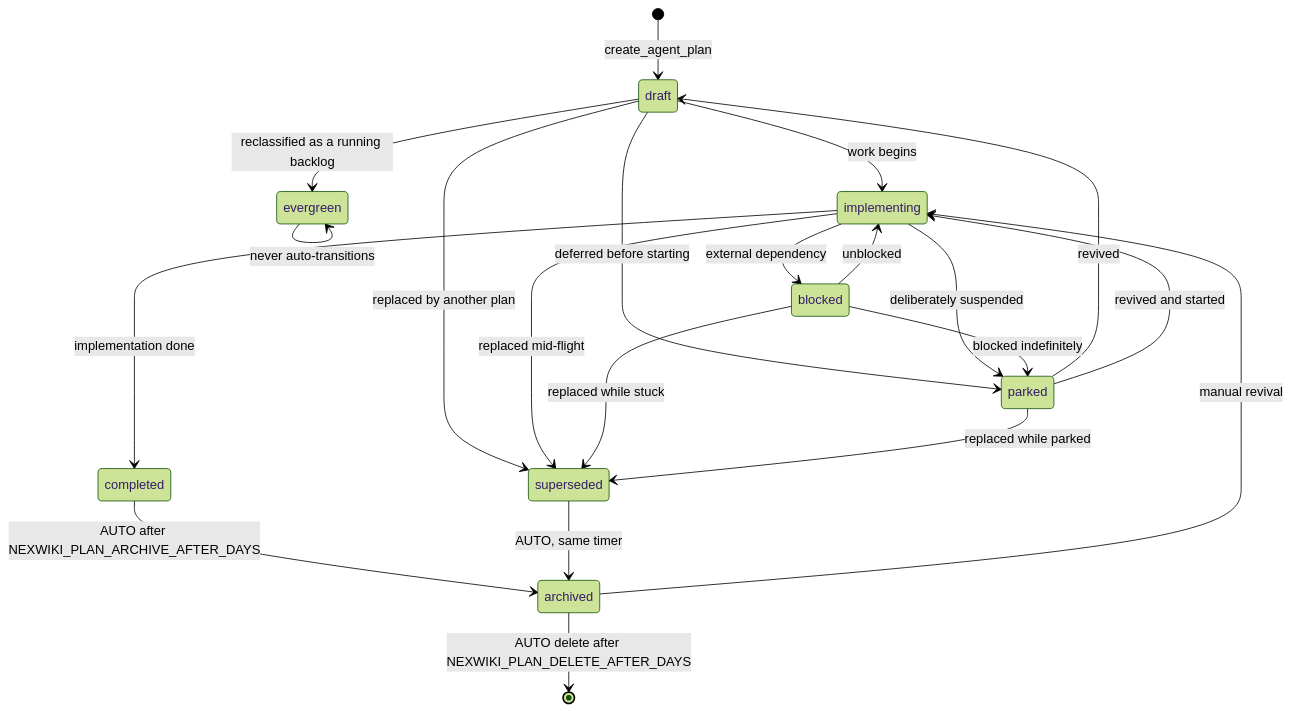
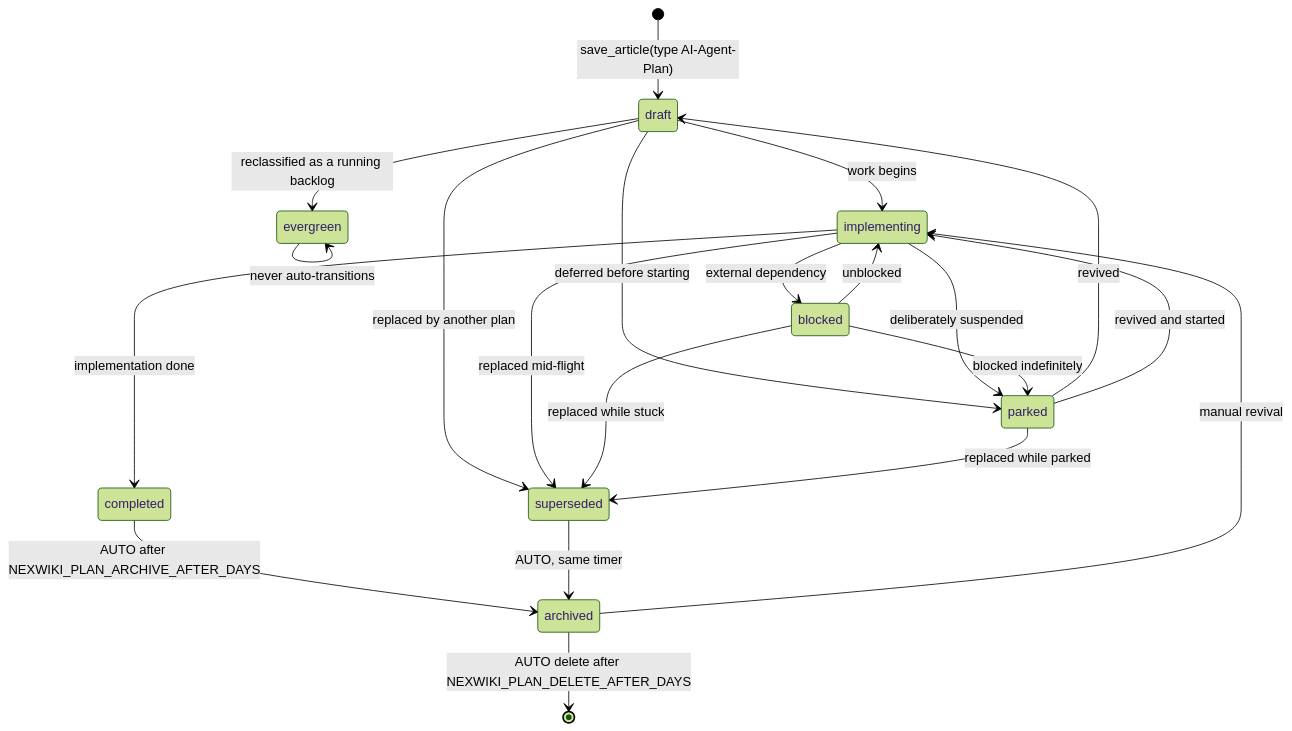
One commit to gruberchris/nexwiki changed the diagram in docs/plan_lifecycle_guide.md. Above: the diagram before and after it, drawn with Mermaid (forest theme). The commit also changed other lines of this file and 16 other files, not shown here.

````diff
--- a/docs/plan_lifecycle_guide.md
+++ b/docs/plan_lifecycle_guide.md
@@ -11,29 +11,29 @@
 ```mermaid
 stateDiagram-v2
-    [*] --> draft: create_agent_plan
+    [*] --> draft: save_article(type AI-Agent-Plan)
 
     draft --> implementing: work begins
     draft --> parked: deferred before starting
     draft --> superseded: replaced by another plan
     draft --> evergreen: reclassified as a running backlog
 
     implementing --> blocked: external dependency
     implementing --> completed: implementation done
     implementing --> parked: deliberately suspended
     implementing --> superseded: replaced mid-flight
 
     blocked --> implementing: unblocked
     blocked --> parked: blocked indefinitely
     blocked --> superseded: replaced while stuck
 
     parked --> draft: revived
     parked --> implementing: revived and started
     parked --> superseded: replaced while parked
 
     completed --> archived: AUTO after NEXWIKI_PLAN_ARCHIVE_AFTER_DAYS
     superseded --> archived: AUTO, same timer
     archived --> [*]: AUTO delete after NEXWIKI_PLAN_DELETE_AFTER_DAYS
     archived --> implementing: manual revival
 
     evergreen --> evergreen: never auto-transitions
 ```
````
